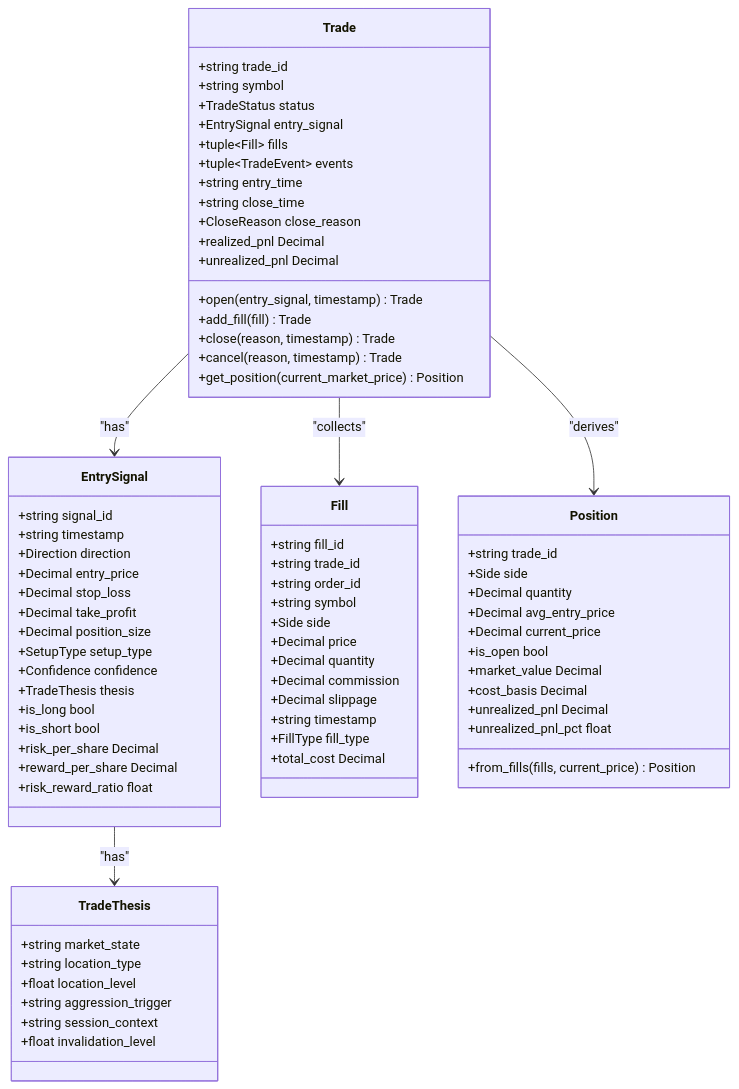
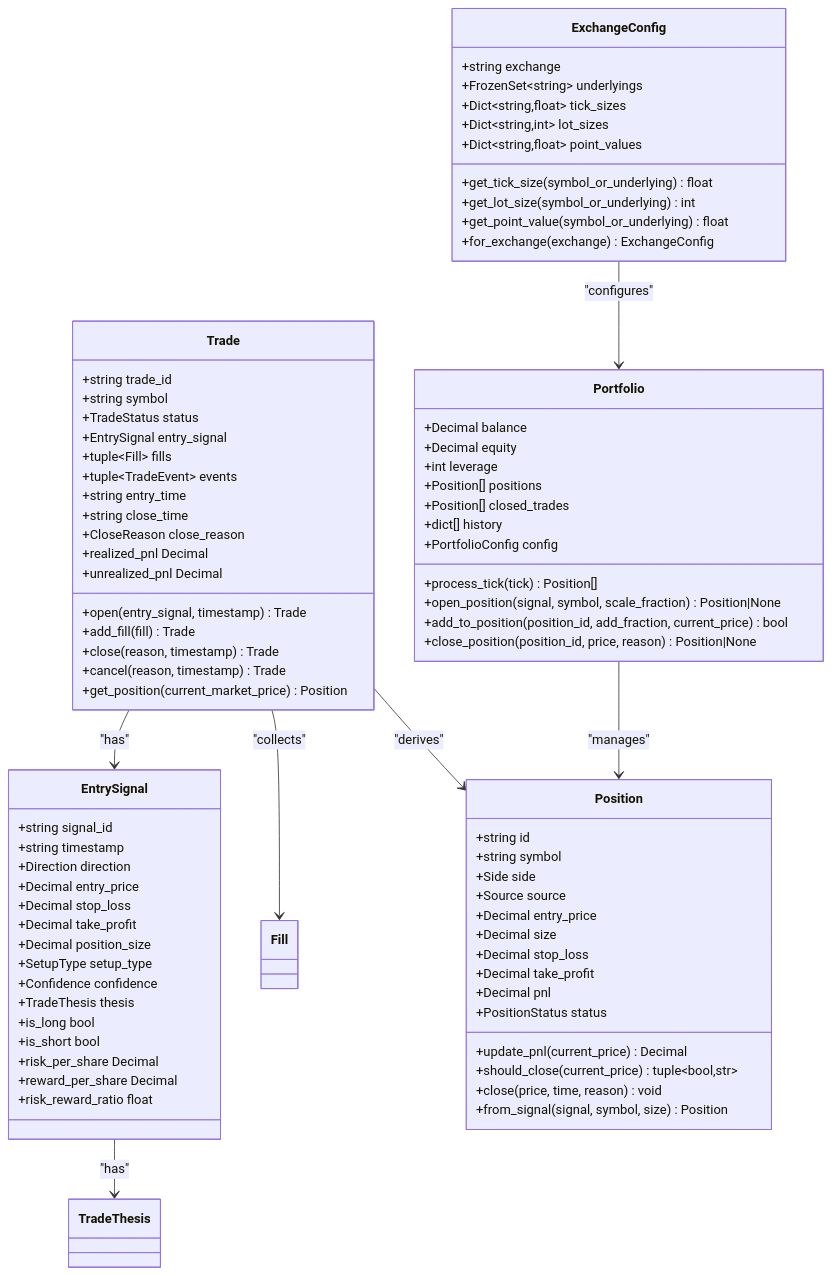
One commit to gemrajkhatry-maker/v5-of-glassytrade-ai changed the second of 15 diagrams in .qoder/repowiki/en/content/Architecture Deep Dive/Clean Architecture Layers/Domain Layer.md. Above: the diagram before and after it, drawn with Mermaid. The commit also changed other lines of this file and 930 other files, not shown here.

````diff
--- a/.qoder/repowiki/en/content/Architecture Deep Dive/Clean Architecture Layers/Domain Layer.md
+++ b/.qoder/repowiki/en/content/Architecture Deep Dive/Clean Architecture Layers/Domain Layer.md
@@ -162,6 +222,19 @@
 +realized_pnl Decimal
 +unrealized_pnl Decimal
 }
+class Portfolio {
++Decimal balance
++Decimal equity
++int leverage
++Position[] positions
++Position[] closed_trades
++dict[] history
++PortfolioConfig config
++process_tick(tick) Position[]
++open_position(signal, symbol, scale_fraction) Position|None
++add_to_position(position_id, add_fraction, current_price) bool
++close_position(position_id, price, reason) Position|None
+}
 class EntrySignal {
 +string signal_id
 +string timestamp
@@ -179,43 +252,37 @@
 +reward_per_share Decimal
 +risk_reward_ratio float
 }
-class Fill {
-+string fill_id
-+string trade_id
-+string order_id
+class Position {
++string id
 +string symbol
 +Side side
-+Decimal price
-+Decimal quantity
-+Decimal commission
-+Decimal slippage
-+string timestamp
-+FillType fill_type
-+total_cost Decimal
++Source source
++Decimal entry_price
++Decimal size
++Decimal stop_loss
++Decimal take_profit
++Decimal pnl
++PositionStatus status
++update_pnl(current_price) Decimal
++should_close(current_price) tuple~bool,str~
++close(price, time, reason) void
++from_signal(signal, symbol, size) Position
 }
-class Position {
-+string trade_id
-+Side side
-+Decimal quantity
-+Decimal avg_entry_price
-+Decimal current_price
-+from_fills(fills, current_price) Position
-+is_open bool
-+market_value Decimal
-+cost_basis Decimal
-+unrealized_pnl Decimal
-+unrealized_pnl_pct float
-}
-class TradeThesis {
-+string market_state
-+string location_type
-+float location_level
-+string aggression_trigger
-+string session_context
-+float invalidation_level
+class ExchangeConfig {
++string exchange
++FrozenSet~string~ underlyings
++Dict~string,float~ tick_sizes
++Dict~string,int~ lot_sizes
++Dict~string,float~ point_values
++get_tick_size(symbol_or_underlying) float
++get_lot_size(symbol_or_underlying) int
++get_point_value(symbol_or_underlying) float
++for_exchange(exchange) ExchangeConfig
 }
 Trade --> EntrySignal : "has"
 Trade --> Fill : "collects"
 Trade --> Position : "derives"
+Portfolio --> Position : "manages"
 EntrySignal --> TradeThesis : "has"
+ExchangeConfig --> Portfolio : "configures"
 ```
````
